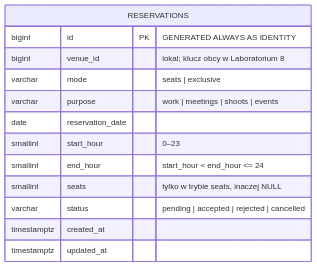
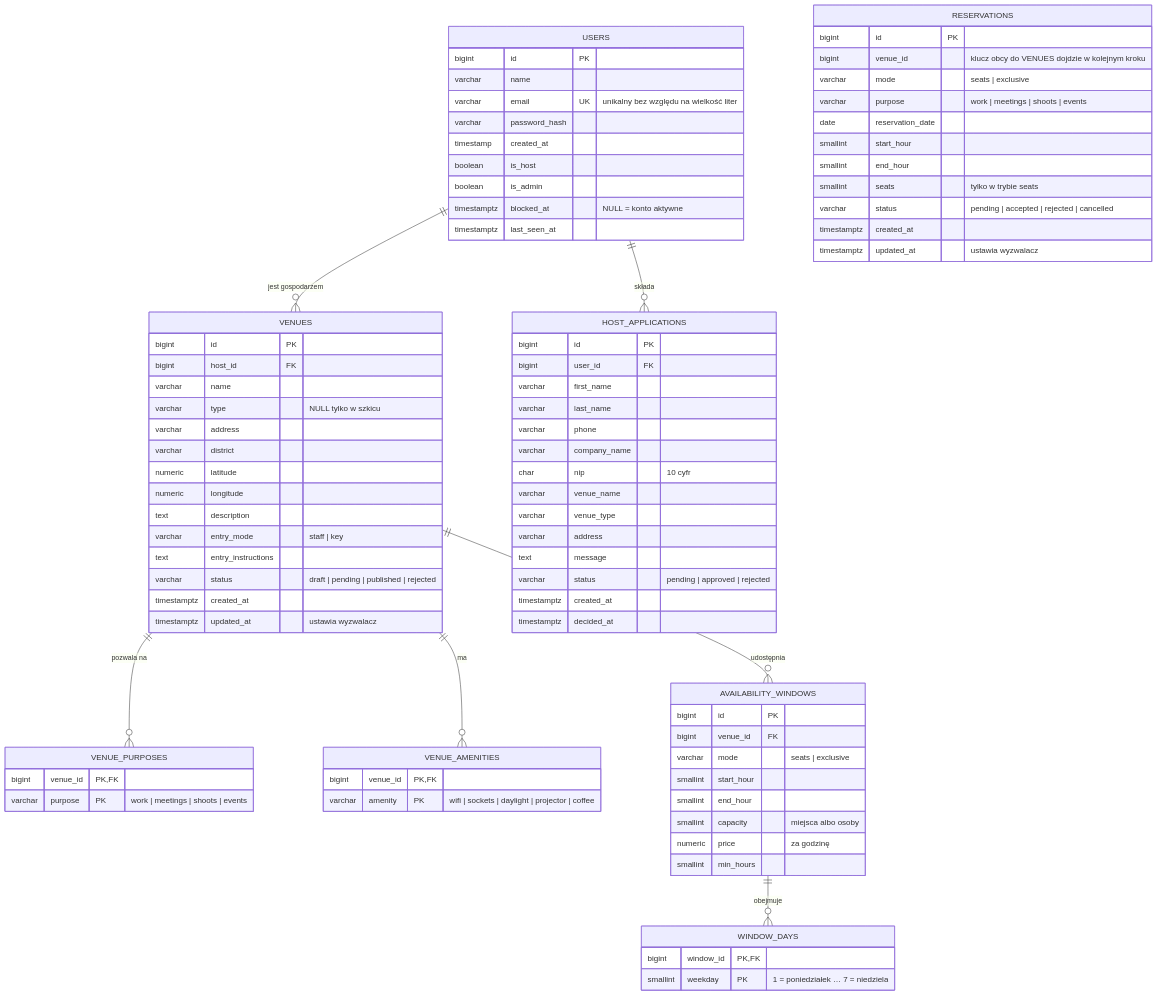
One commit to JaneckiGit/wdpai-project changed the diagram in README.md. Above: the diagram before and after it, drawn with Mermaid. The commit also changed other lines of this file and 1 other file, not shown here.

Commit message:
docs: ERD of the whole schema, demo accounts and database scripts

````diff
--- a/README.md
+++ b/README.md
@@ -179,16 +193,88 @@
 ```mermaid
 erDiagram
+    USERS ||--o{ VENUES : "jest gospodarzem"
+    USERS ||--o{ HOST_APPLICATIONS : "składa"
+    VENUES ||--o{ VENUE_PURPOSES : "pozwala na"
+    VENUES ||--o{ VENUE_AMENITIES : "ma"
+    VENUES ||--o{ AVAILABILITY_WINDOWS : "udostępnia"
+    AVAILABILITY_WINDOWS ||--o{ WINDOW_DAYS : "obejmuje"
+
+    USERS {
+        bigint id PK
+        varchar name
+        varchar email UK "unikalny bez względu na wielkość liter"
+        varchar password_hash
+        timestamp created_at
+        boolean is_host
+        boolean is_admin
+        timestamptz blocked_at "NULL = konto aktywne"
+        timestamptz last_seen_at
+    }
+    HOST_APPLICATIONS {
+        bigint id PK
+        bigint user_id FK
+        varchar first_name
+        varchar last_name
+        varchar phone
+        varchar company_name
+        char nip "10 cyfr"
+        varchar venue_name
+        varchar venue_type
+        varchar address
+        text message
+        varchar status "pending | approved | rejected"
+        timestamptz created_at
+        timestamptz decided_at
+    }
+    VENUES {
+        bigint id PK
+        bigint host_id FK
+        varchar name
+        varchar type "NULL tylko w szkicu"
+        varchar address
+        varchar district
+        numeric latitude
+        numeric longitude
+        text description
+        varchar entry_mode "staff | key"
+        text entry_instructions
+        varchar status "draft | pending | published | rejected"
+        timestamptz created_at
+        timestamptz updated_at "ustawia wyzwalacz"
+    }
+    VENUE_PURPOSES {
+        bigint venue_id PK, FK
+        varchar purpose PK "work | meetings | shoots | events"
+    }
+    VENUE_AMENITIES {
+        bigint venue_id PK, FK
+        varchar amenity PK "wifi | sockets | daylight | projector | coffee"
+    }
+    AVAILABILITY_WINDOWS {
+        bigint id PK
+        bigint venue_id FK
+        varchar mode "seats | exclusive"
+        smallint start_hour
+        smallint end_hour
+        smallint capacity "miejsca albo osoby"
+        numeric price "za godzinę"
+        smallint min_hours
+    }
+    WINDOW_DAYS {
+        bigint window_id PK, FK
+        smallint weekday PK "1 = poniedziałek … 7 = niedziela"
+    }
     RESERVATIONS {
-        bigint id PK "GENERATED ALWAYS AS IDENTITY"
-        bigint venue_id "lokal; klucz obcy w Laboratorium 8"
+        bigint id PK
+        bigint venue_id "klucz obcy do VENUES dojdzie w kolejnym kroku"
         varchar mode "seats | exclusive"
         varchar purpose "work | meetings | shoots | events"
         date reservation_date
-        smallint start_hour "0–23"
-        smallint end_hour "start_hour < end_hour <= 24"
-        smallint seats "tylko w trybie seats, inaczej NULL"
+        smallint start_hour
+        smallint end_hour
+        smallint seats "tylko w trybie seats"
         varchar status "pending | accepted | rejected | cancelled"
         timestamptz created_at
-        timestamptz updated_at
+        timestamptz updated_at "ustawia wyzwalacz"
     }
 ```
````
